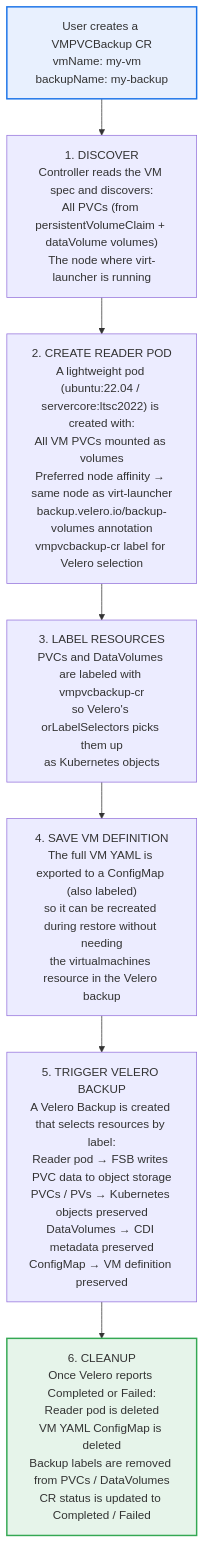
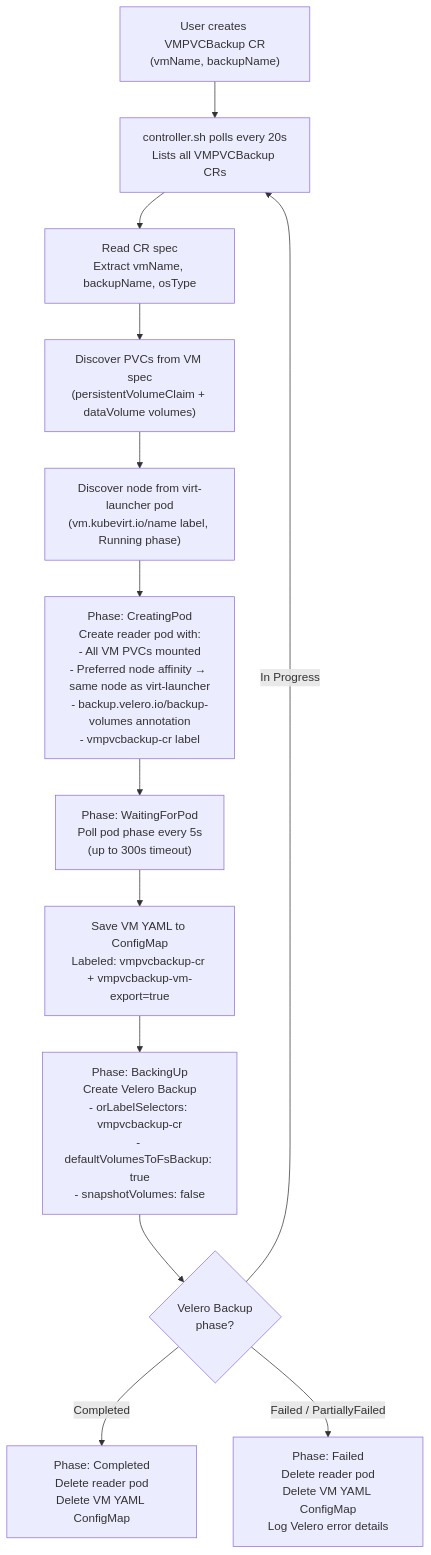
The third of 6 diagrams in docs/architecture.md (code-lover636/Kubevirt-VM-Backup), drawn with Mermaid before and after one commit. The commit also changed other lines of this file and 1 other file, not shown here.

Commit message:
Fix README to match actual controller code, improve architecture diagrams

````diff
--- a/docs/architecture.md
+++ b/docs/architecture.md
@@ -39,19 +60,37 @@
 ```mermaid
 flowchart TD
-    A["User creates a VMPVCBackup CR<br/>vmName: my-vm &nbsp; backupName: my-backup"] --> B
+    U["User creates VMPVCBackup CR<br/>(vmName, backupName)"]
+    U --> POLL
 
-    B["1. DISCOVER<br/>Controller reads the VM spec and discovers:<br/>All PVCs (from persistentVolumeClaim + dataVolume volumes)<br/>The node where virt-launcher is running"] --> C
+    POLL["controller.sh polls every 20s<br/>Lists all VMPVCBackup CRs"]
+    POLL --> READ
 
-    C["2. CREATE READER POD<br/>A lightweight pod (ubuntu:22.04 / servercore:ltsc2022) is created with:<br/>All VM PVCs mounted as volumes<br/>Preferred node affinity → same node as virt-launcher<br/>backup.velero.io/backup-volumes annotation<br/>vmpvcbackup-cr label for Velero selection"] --> D
+    READ["Read CR spec<br/>Extract vmName, backupName, osType"]
+    READ --> DISC_PVC
 
-    D["3. LABEL RESOURCES<br/>PVCs and DataVolumes are labeled with vmpvcbackup-cr<br/>so Velero's orLabelSelectors picks them up<br/>as Kubernetes objects"] --> E
+    DISC_PVC["Discover PVCs from VM spec<br/>(persistentVolumeClaim + dataVolume volumes)"]
+    DISC_PVC --> DISC_NODE
 
-    E["4. SAVE VM DEFINITION<br/>The full VM YAML is exported to a ConfigMap (also labeled)<br/>so it can be recreated during restore without needing<br/>the virtualmachines resource in the Velero backup"] --> F
+    DISC_NODE["Discover node from virt-launcher pod<br/>(vm.kubevirt.io/name label, Running phase)"]
+    DISC_NODE --> CREATE
 
-    F["5. TRIGGER VELERO BACKUP<br/>A Velero Backup is created that selects resources by label:<br/>Reader pod → FSB writes PVC data to object storage<br/>PVCs / PVs → Kubernetes objects preserved<br/>DataVolumes → CDI metadata preserved<br/>ConfigMap → VM definition preserved"] --> G
+    CREATE["Phase: CreatingPod<br/>Create reader pod with:<br/>- All VM PVCs mounted<br/>- Preferred node affinity → same node as virt-launcher<br/>- backup.velero.io/backup-volumes annotation<br/>- vmpvcbackup-cr label"]
+    CREATE --> WAIT
 
-    G["6. CLEANUP<br/>Once Velero reports Completed or Failed:<br/>Reader pod is deleted<br/>VM YAML ConfigMap is deleted<br/>Backup labels are removed from PVCs / DataVolumes<br/>CR status is updated to Completed / Failed"]
+    WAIT["Phase: WaitingForPod<br/>Poll pod phase every 5s<br/>(up to 300s timeout)"]
+    WAIT --> SAVE
 
-    style A fill:#e8f0fe,stroke:#1a73e8,stroke-width:2px
-    style G fill:#e6f4ea,stroke:#34a853,stroke-width:2px
+    SAVE["Save VM YAML to ConfigMap<br/>Labeled: vmpvcbackup-cr + vmpvcbackup-vm-export=true"]
+    SAVE --> TRIGGER
+
+    TRIGGER["Phase: BackingUp<br/>Create Velero Backup<br/>- orLabelSelectors: vmpvcbackup-cr<br/>- defaultVolumesToFsBackup: true<br/>- snapshotVolumes: false"]
+    TRIGGER --> RESULT
+
+    RESULT{"Velero Backup<br/>phase?"}
+    RESULT -->|Completed| CLEANUP_OK
+    RESULT -->|Failed / PartiallyFailed| CLEANUP_FAIL
+    RESULT -->|In Progress| POLL
+
+    CLEANUP_OK["Phase: Completed<br/>Delete reader pod<br/>Delete VM YAML ConfigMap"]
+    CLEANUP_FAIL["Phase: Failed<br/>Delete reader pod<br/>Delete VM YAML ConfigMap<br/>Log Velero error details"]
 ```
````
